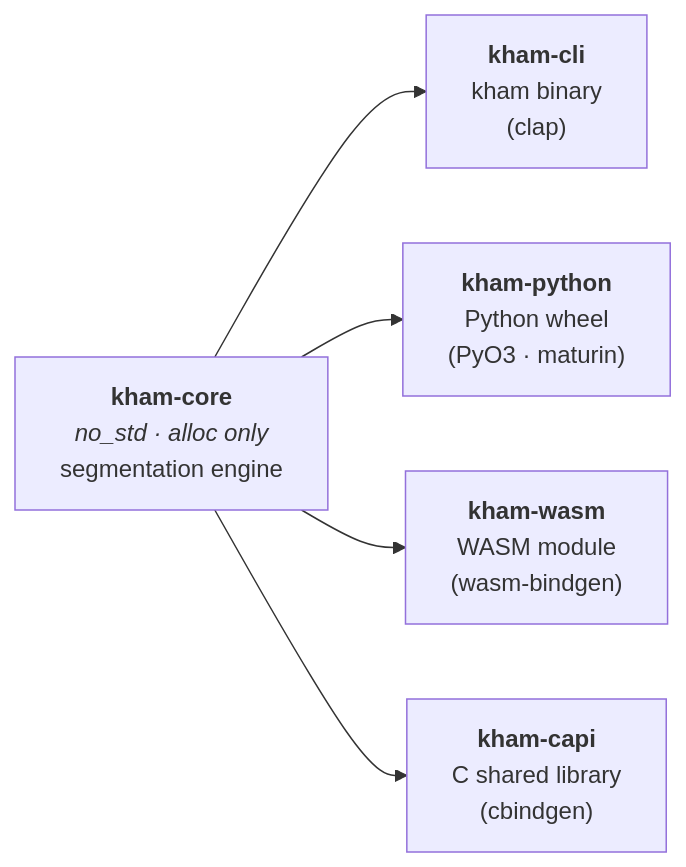
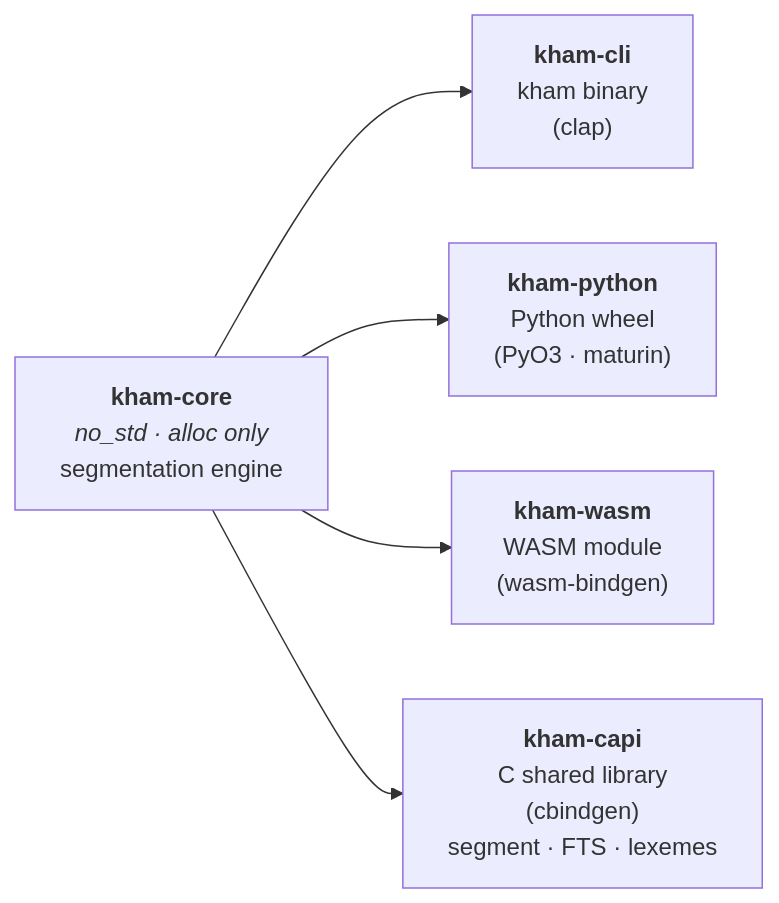
Before and after one commit to preedep/kham: the first of 6 diagrams in README.md, drawn with Mermaid. The commit also changed other lines of this file and 2 other files, not shown here.

First line of the commit message:
Document FTS API for C and update license copyright to 2026

````diff
--- a/README.md
+++ b/README.md
@@ -360,14 +389,14 @@
 ```mermaid
 graph LR
     core["<b>kham-core</b><br/><i>no_std · alloc only</i><br/>segmentation engine"]
 
     cli["<b>kham-cli</b><br/>kham binary<br/>(clap)"]
     python["<b>kham-python</b><br/>Python wheel<br/>(PyO3 · maturin)"]
     wasm["<b>kham-wasm</b><br/>WASM module<br/>(wasm-bindgen)"]
-    capi["<b>kham-capi</b><br/>C shared library<br/>(cbindgen)"]
+    capi["<b>kham-capi</b><br/>C shared library<br/>(cbindgen)<br/>segment · FTS · lexemes"]
 
     core --> cli
     core --> python
     core --> wasm
     core --> capi
 ```
````
